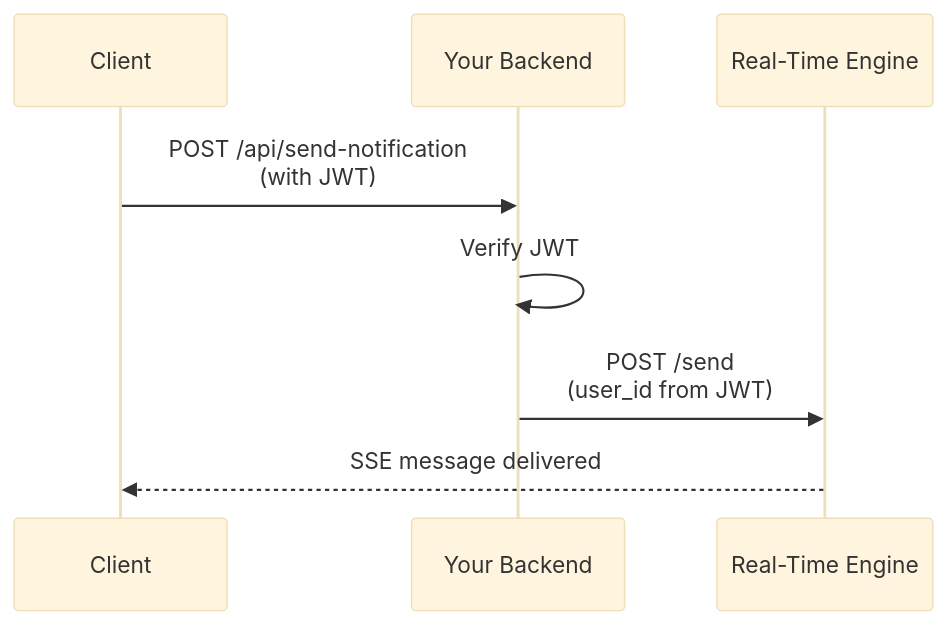
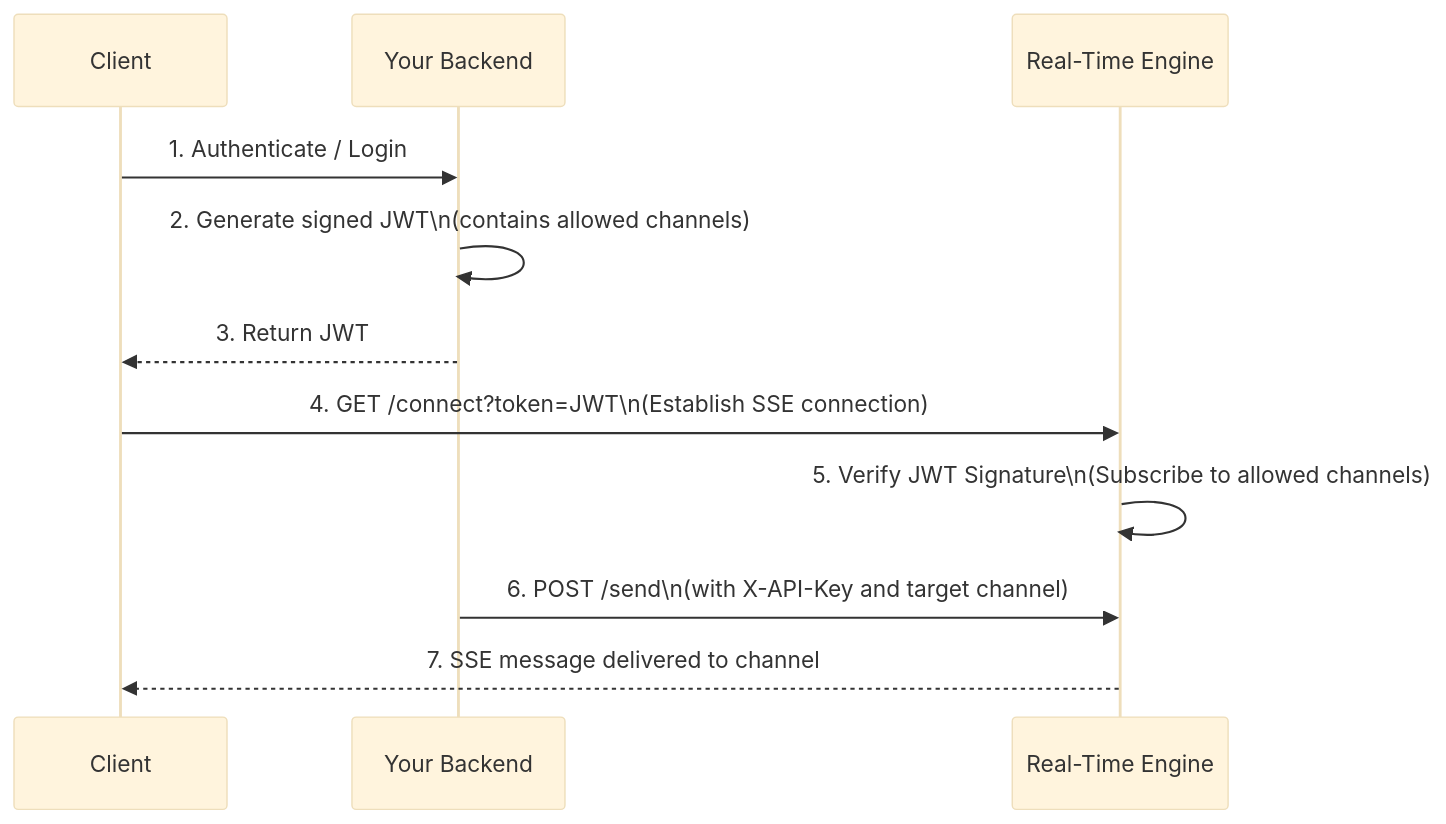
The diagram in docs/api-reference/overview.mdx (Rudra775/real-time-serverless-communication), drawn with Mermaid (base theme) before and after one commit. The commit also changed other lines of this file and 5 other files, not shown here.

Commit message:
docs: align api references and architecture  with channel and jwt changes

````diff
--- a/docs/api-reference/overview.mdx
+++ b/docs/api-reference/overview.mdx
@@ -55,11 +57,14 @@
 ```mermaid
 sequenceDiagram
     participant C as Client
     participant B as Your Backend
     participant E as Real-Time Engine
     
-    C->>B: POST /api/send-notification<br/>(with JWT)
-    B->>B: Verify JWT
-    B->>E: POST /send<br/>(user_id from JWT)
-    E-->>C: SSE message delivered
+    C->>B: 1. Authenticate / Login
+    B->>B: 2. Generate signed JWT\n(contains allowed channels)
+    B-->>C: 3. Return JWT
+    C->>E: 4. GET /connect?token=JWT\n(Establish SSE connection)
+    E->>E: 5. Verify JWT Signature\n(Subscribe to allowed channels)
+    B->>E: 6. POST /send\n(with X-API-Key and target channel)
+    E-->>C: 7. SSE message delivered to channel
 ```
````
